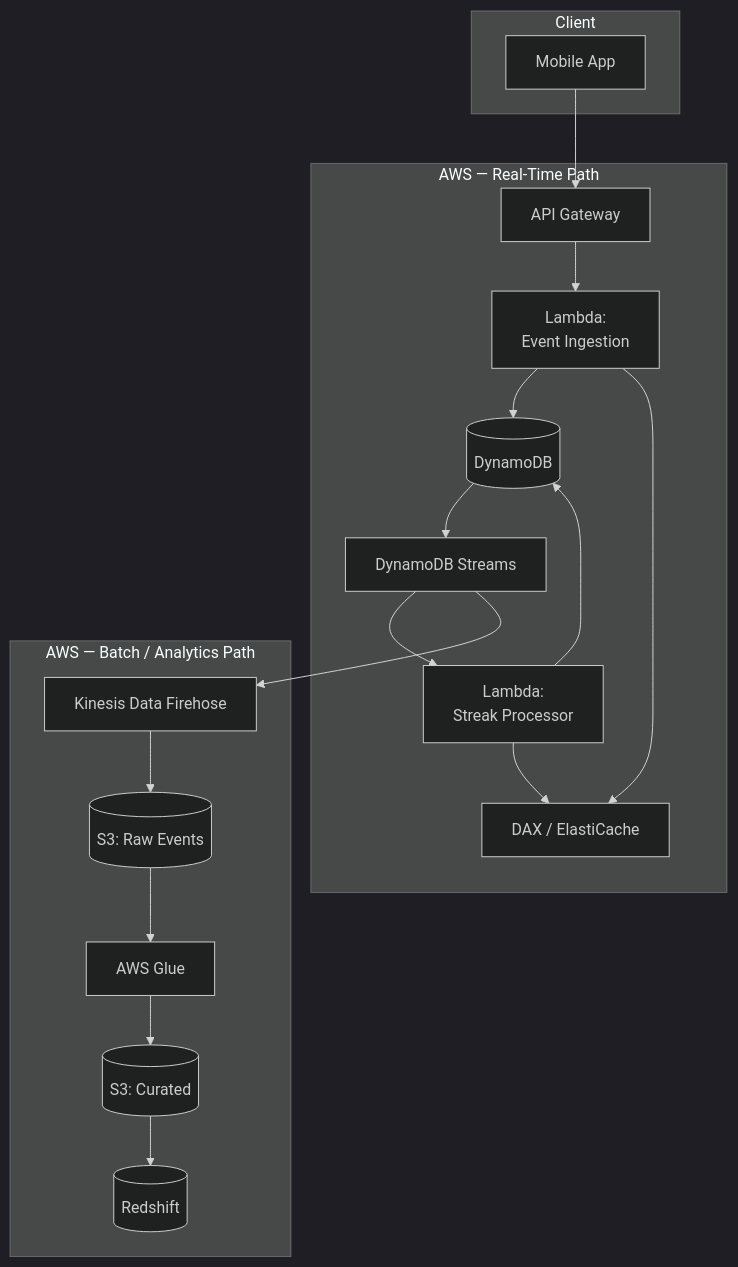
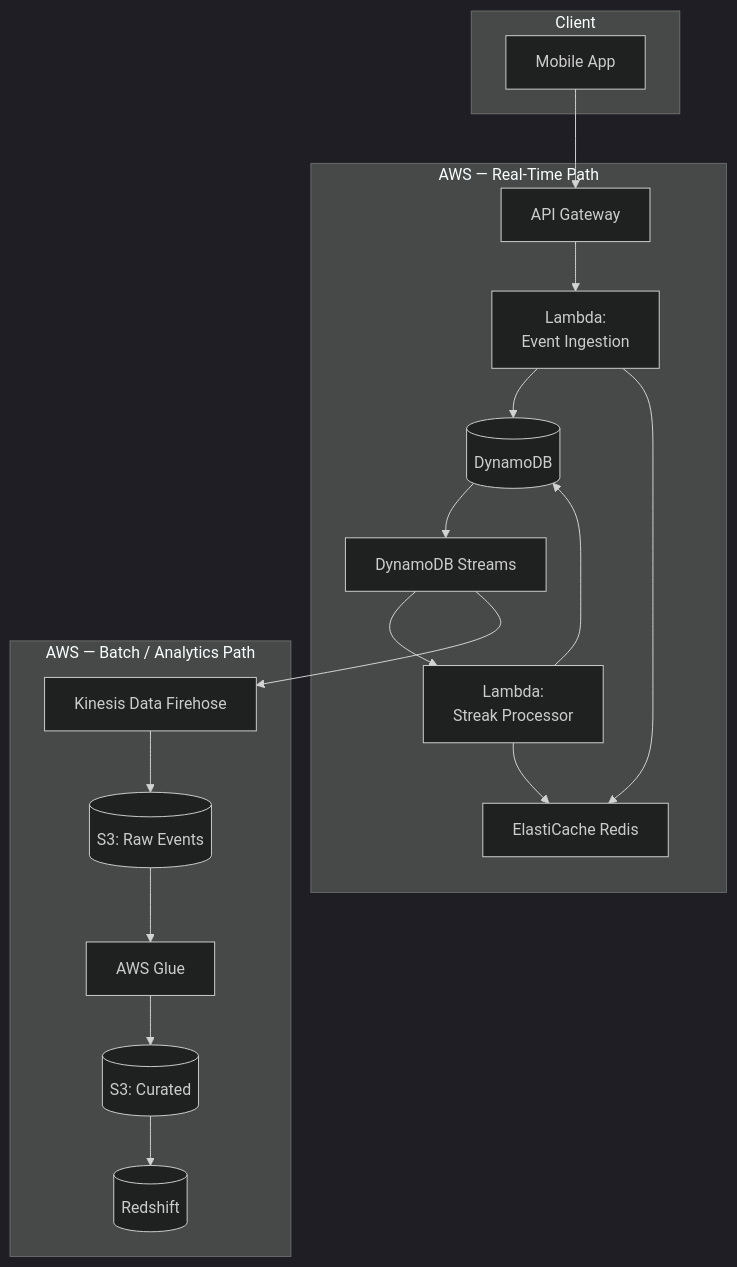
One commit to MarksonMarcolino/gamification-data-pipeline changed the third of 3 diagrams in docs/data-modeling.md. Above: the diagram before and after it, drawn with Mermaid (dark theme). The commit also changed other lines of this file and 9 other files, not shown here.

````diff
--- a/docs/data-modeling.md
+++ b/docs/data-modeling.md
@@ -188,38 +189,38 @@
 ```mermaid
 graph TB
     subgraph Client
         App[Mobile App]
     end
 
     subgraph "AWS — Real-Time Path"
         APIGW[API Gateway]
         LambdaIngest[Lambda:<br/>Event Ingestion]
         DDB[(DynamoDB)]
-        DAX[DAX / ElastiCache]
+        Redis[ElastiCache Redis]
         Streams[DynamoDB Streams]
         LambdaProcess[Lambda:<br/>Streak Processor]
     end
 
     subgraph "AWS — Batch / Analytics Path"
         Firehose[Kinesis Data Firehose]
         S3Raw[(S3: Raw Events)]
         Glue[AWS Glue]
         S3Curated[(S3: Curated)]
         Redshift[(Redshift)]
     end
 
     App --> APIGW
     APIGW --> LambdaIngest
     LambdaIngest --> DDB
-    LambdaIngest --> DAX
+    LambdaIngest --> Redis
     DDB --> Streams
     Streams --> LambdaProcess
     LambdaProcess --> DDB
-    LambdaProcess --> DAX
+    LambdaProcess --> Redis
 
     Streams --> Firehose
     Firehose --> S3Raw
     S3Raw --> Glue
     Glue --> S3Curated
     S3Curated --> Redshift
 ```
````
